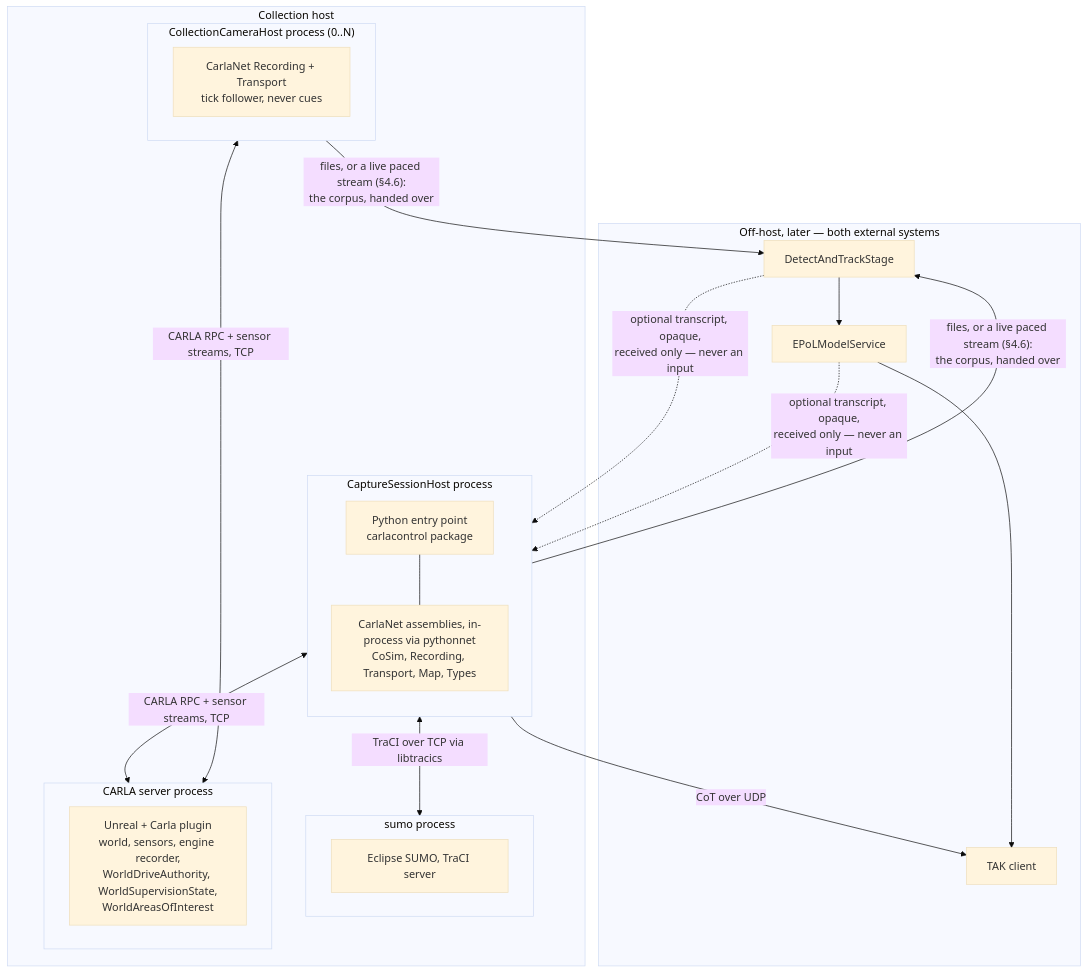
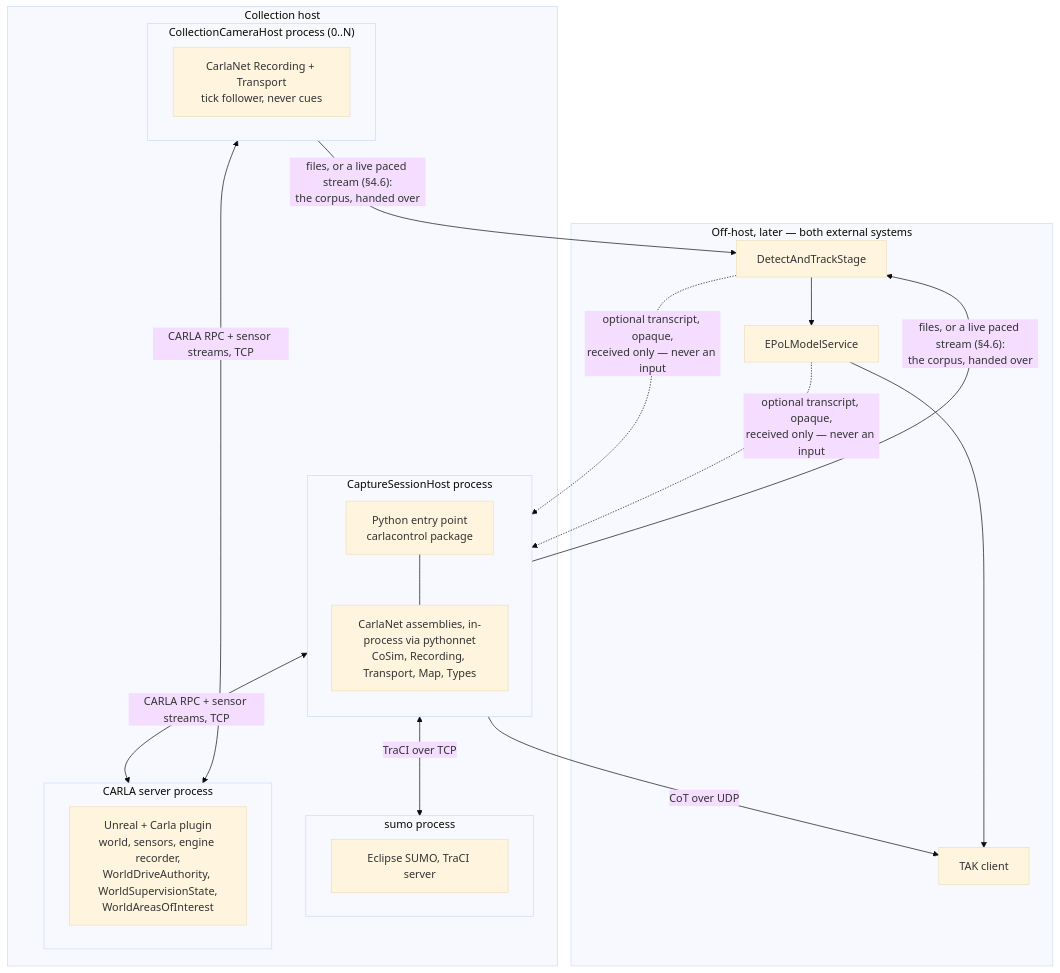
One commit to sbrett9/carla changed the fourth of 9 diagrams in Docs/CAT_Research/Plans/SUMO_Behavioral_Capture/01_Architecture.md. Above: the diagram before and after it, drawn with Mermaid (base theme). The commit also changed other lines of this file and 10 other files, not shown here.

````diff
--- a/Docs/CAT_Research/Plans/SUMO_Behavioral_Capture/01_Architecture.md
+++ b/Docs/CAT_Research/Plans/SUMO_Behavioral_Capture/01_Architecture.md
@@ -425,36 +425,36 @@
 ```mermaid
 flowchart TB
     subgraph host["Collection host"]
         subgraph p1["CaptureSessionHost process"]
             direction TB
             PY["Python entry point<br/>carlacontrol package"]
             NET["CarlaNet assemblies, in-process via pythonnet<br/>CoSim, Recording, Transport, Map, Types"]
             PY --- NET
         end
         subgraph p2["CollectionCameraHost process (0..N)"]
             NET2["CarlaNet Recording + Transport<br/>tick follower, never cues"]
         end
         subgraph p3["sumo process"]
             SUM["Eclipse SUMO, TraCI server"]
         end
         subgraph p4["CARLA server process"]
             UE["Unreal + Carla plugin<br/>world, sensors, engine recorder,<br/>WorldDriveAuthority, WorldSupervisionState,<br/>WorldAreasOfInterest"]
         end
     end
     subgraph off["Off-host, later — both external systems"]
         DAT["DetectAndTrackStage"]
         EPOL["EPoLModelService"]
         TAK["TAK client"]
     end
 
     p1 <-->|"CARLA RPC + sensor streams, TCP"| p4
     p2 <-->|"CARLA RPC + sensor streams, TCP"| p4
-    p1 <-->|"TraCI over TCP via libtracics"| p3
+    p1 <-->|"TraCI over TCP"| p3
     p1 -->|"files, or a live paced stream (§4.6):<br/>the corpus, handed over"| DAT
     p2 -->|"files, or a live paced stream (§4.6):<br/>the corpus, handed over"| DAT
     p1 -->|"CoT over UDP"| TAK
     DAT --> EPOL
     EPOL --> TAK
     DAT -.->|"optional transcript, opaque,<br/>received only — never an input"| p1
     EPOL -.->|"optional transcript, opaque,<br/>received only — never an input"| p1
 ```
````
